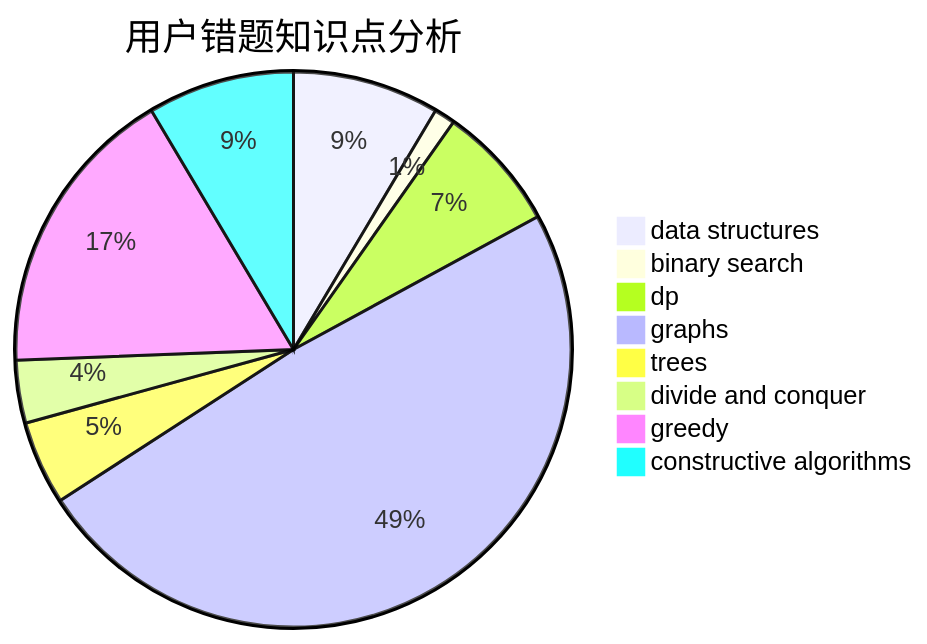
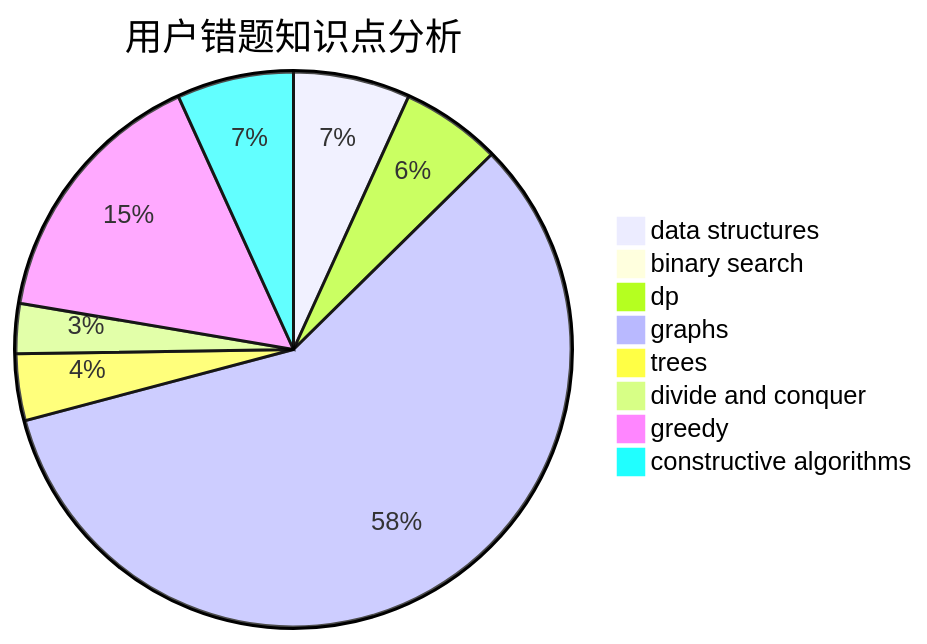
The third of 3 diagrams in docs/user/u266.md (sherpahu/cfrs.github.io), drawn with Mermaid before and after one commit. The commit also changed other lines of this file and 2770 other files, not shown here.

````diff
--- a/docs/user/u266.md
+++ b/docs/user/u266.md
@@ -36,11 +36,11 @@
 ```mermaid
 pie title 用户错题知识点分析
     "data structures" :  7
     "binary search" :  1
     "dp" :  6
-    "graphs" :  40
+    "graphs" :  60
     "trees" :  4
     "divide and conquer" :  3
-    "greedy" :  14
+    "greedy" :  16
     "constructive algorithms" :  7
 ```
````
